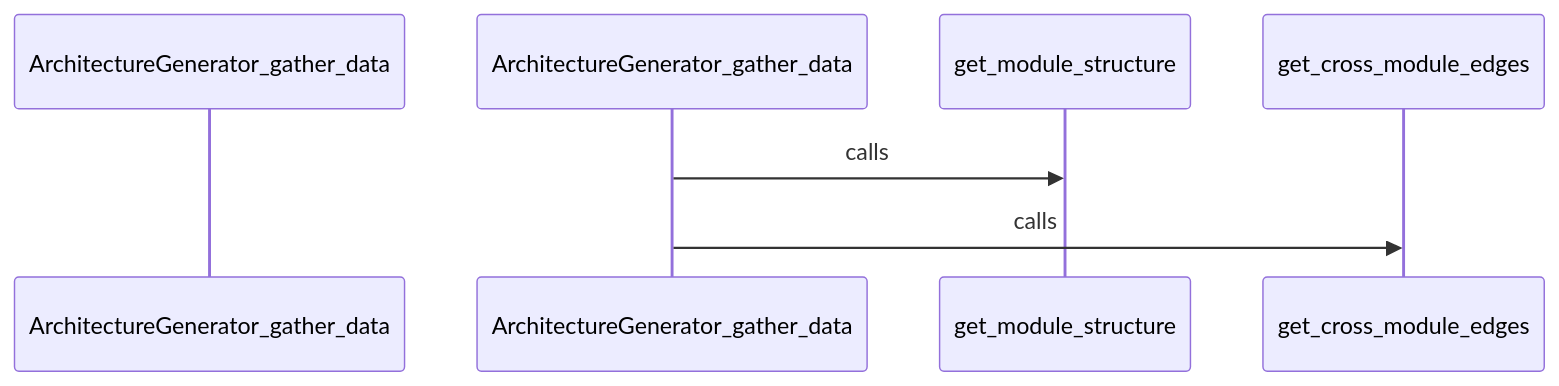
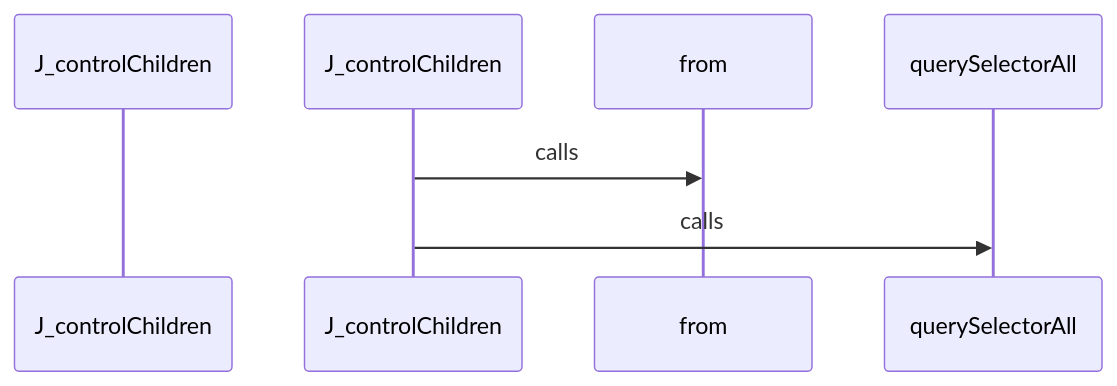
One commit to hazalkoom/DECODEx01 changed diagram 16 of 27 in docs/CALL_FLOW.md. Above: the diagram before and after it, drawn with Mermaid. The commit also changed other lines of this file and 8 other files, not shown here.

````diff
--- a/docs/CALL_FLOW.md
+++ b/docs/CALL_FLOW.md
@@ -535,13 +663,13 @@
 ```mermaid
 sequenceDiagram
-    participant Start as ArchitectureGenerator_gather_data
+    participant Start as J_controlChildren
 
 
-    ArchitectureGenerator_gather_data->>get_module_structure: calls
+    J_controlChildren->>from: calls
 
 
 
-    ArchitectureGenerator_gather_data->>get_cross_module_edges: calls
+    J_controlChildren->>querySelectorAll: calls
 
 
 ```
````
